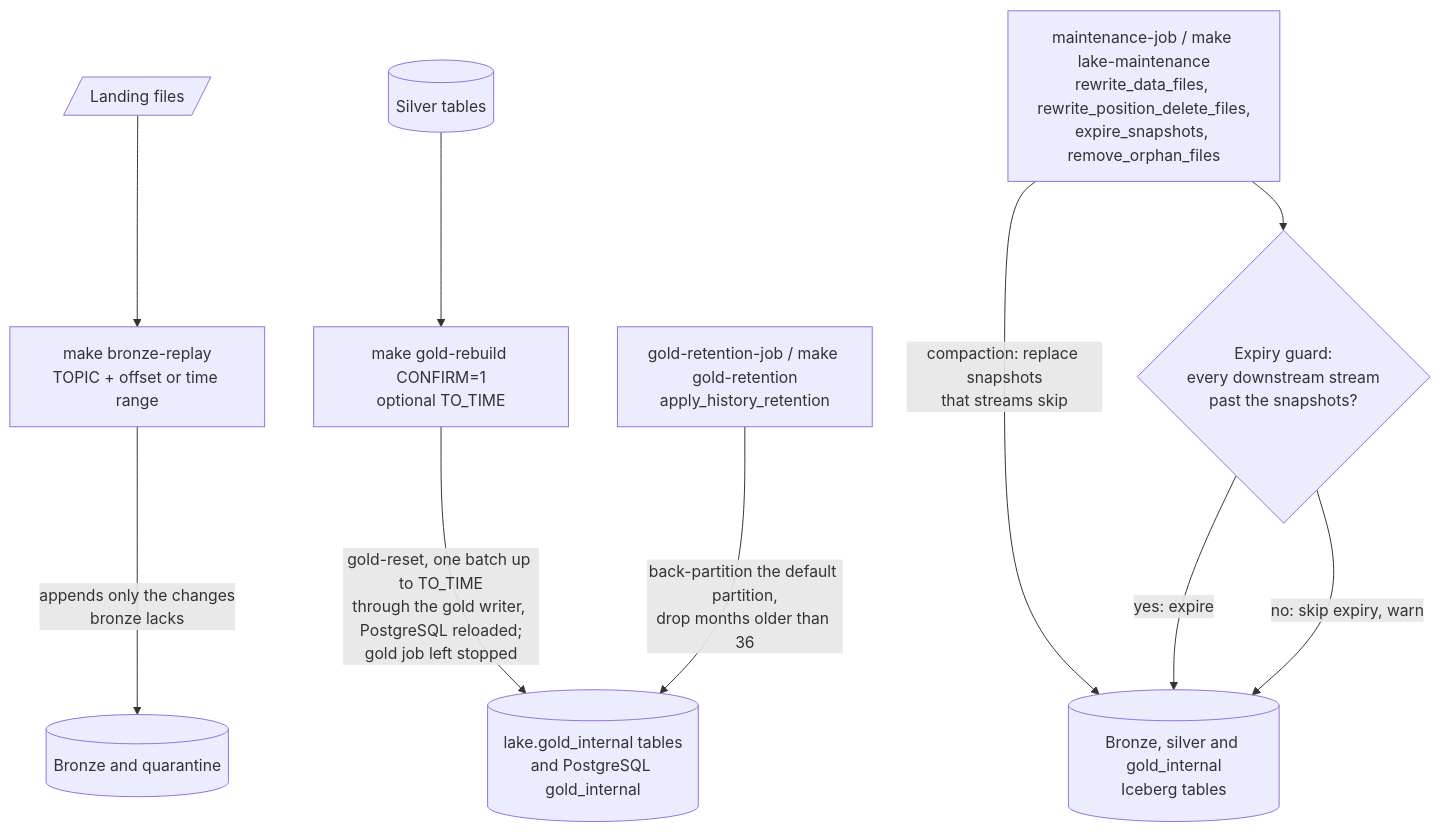
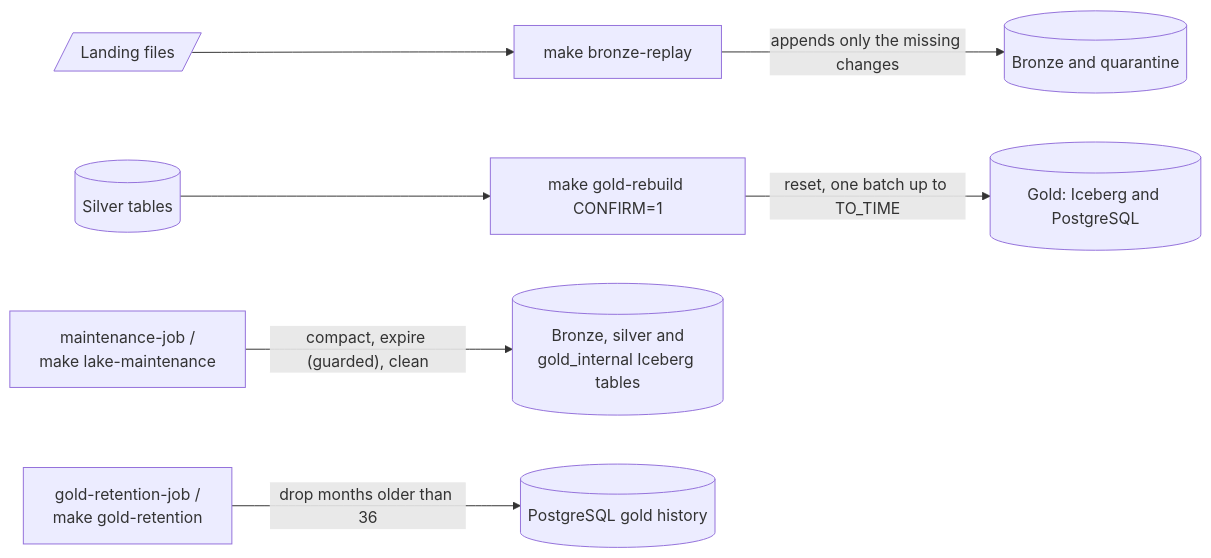
The fourth of 4 diagrams in docs/architecture/overview.md (jonathan5p/deel-home-task), drawn with Mermaid before and after one commit. The commit also changed other lines of this file, not shown here.

Commit message:
docs(architecture): lay out the containers diagram from source to readers and trim the overview

````diff
--- a/docs/architecture/overview.md
+++ b/docs/architecture/overview.md
@@ -260,25 +253,18 @@
 ```mermaid
-flowchart TB
+flowchart LR
     landing[/"Landing files"/]
+    silver[("Silver tables")]
+    replay["make bronze-replay"]
+    rebuild["make gold-rebuild CONFIRM=1"]
+    maint["maintenance-job /<br/>make lake-maintenance"]
+    retention["gold-retention-job /<br/>make gold-retention"]
     bronze[("Bronze and quarantine")]
-    silver[("Silver tables")]
-    lake[("Bronze, silver and gold_internal<br/>Iceberg tables")]
-    gold[("lake.gold_internal tables<br/>and PostgreSQL gold_internal")]
+    lake[("Bronze, silver and<br/>gold_internal Iceberg tables")]
+    gold[("Gold: Iceberg and PostgreSQL")]
+    pgold[("PostgreSQL gold history")]
 
-    replay["make bronze-replay<br/>TOPIC + offset or time range"]
-    maint["maintenance-job / make lake-maintenance<br/>rewrite_data_files, rewrite_position_delete_files,<br/>expire_snapshots, remove_orphan_files"]
-    guard{"Expiry guard:<br/>every downstream stream<br/>past the snapshots?"}
-    rebuild["make gold-rebuild CONFIRM=1<br/>optional TO_TIME"]
-    retention["gold-retention-job / make gold-retention<br/>apply_history_retention"]
-
-    landing --> replay
-    replay -- "appends only the changes<br/>bronze lacks" --> bronze
-    maint -- "compaction: replace snapshots<br/>that streams skip" --> lake
-    maint --> guard
-    guard -- "yes: expire" --> lake
-    guard -- "no: skip expiry, warn" --> lake
-    silver --> rebuild
-    rebuild -- "gold-reset, one batch up to TO_TIME<br/>through the gold writer, PostgreSQL reloaded;<br/>gold job left stopped" --> gold
-    retention -- "back-partition the default partition,<br/>drop months older than 36" --> gold
-
+    landing --> replay -- "appends only the missing changes" --> bronze
+    silver --> rebuild -- "reset, one batch up to TO_TIME" --> gold
+    maint -- "compact, expire (guarded), clean" --> lake
+    retention -- "drop months older than 36" --> pgold
 ```
````
